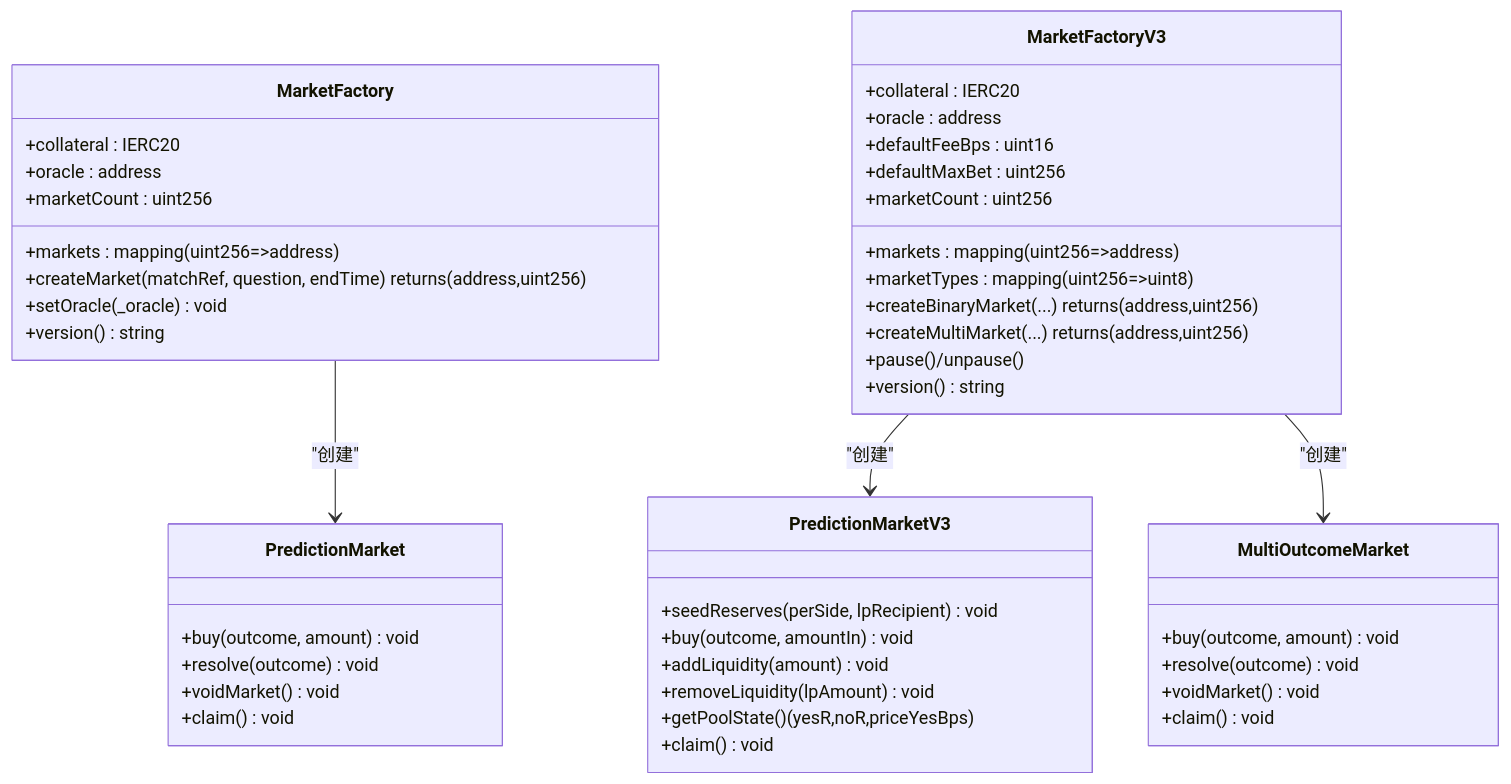
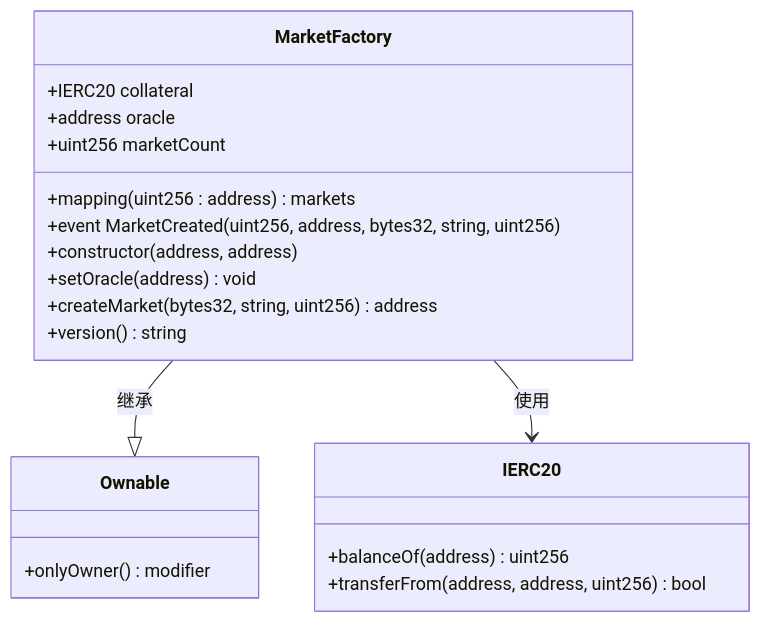
The fourth of 11 diagrams in contracts/.qoder/repowiki/zh/content/架构设计/架构设计.md (SimonHofman/PredictionDIDSimple), drawn with Mermaid before and after one commit. The commit also changed other lines of this file and 162 other files, not shown here.

````diff
--- a/contracts/.qoder/repowiki/zh/content/架构设计/架构设计.md
+++ b/contracts/.qoder/repowiki/zh/content/架构设计/架构设计.md
@@ -174,48 +215,23 @@
 ```mermaid
 classDiagram
 class MarketFactory {
-+collateral : IERC20
-+oracle : address
-+marketCount : uint256
-+markets : mapping(uint256=>address)
-+createMarket(matchRef, question, endTime) returns (address,uint256)
-+setOracle(_oracle) void
++IERC20 collateral
++address oracle
++uint256 marketCount
++mapping(uint256 : address) markets
++event MarketCreated(uint256, address, bytes32, string, uint256)
++constructor(address, address)
++setOracle(address) void
++createMarket(bytes32, string, uint256) address
 +version() string
 }
-class MarketFactoryV3 {
-+collateral : IERC20
-+oracle : address
-+defaultFeeBps : uint16
-+defaultMaxBet : uint256
-+marketCount : uint256
-+markets : mapping(uint256=>address)
-+marketTypes : mapping(uint256=>uint8)
-+createBinaryMarket(...) returns (address,uint256)
-+createMultiMarket(...) returns (address,uint256)
-+pause()/unpause()
-+version() string
+class Ownable {
++onlyOwner() modifier
 }
-class PredictionMarket {
-+buy(outcome, amount) void
-+resolve(outcome) void
-+voidMarket() void
-+claim() void
+class IERC20 {
++balanceOf(address) uint256
++transferFrom(address, address, uint256) bool
 }
-class PredictionMarketV3 {
-+seedReserves(perSide, lpRecipient) void
-+buy(outcome, amountIn) void
-+addLiquidity(amount) void
-+removeLiquidity(lpAmount) void
-+getPoolState() (yesR,noR,priceYesBps)
-+claim() void
-}
-class MultiOutcomeMarket {
-+buy(outcome, amount) void
-+resolve(outcome) void
-+voidMarket() void
-+claim() void
-}
-MarketFactory --> PredictionMarket : "创建"
-MarketFactoryV3 --> PredictionMarketV3 : "创建"
-MarketFactoryV3 --> MultiOutcomeMarket : "创建"
+MarketFactory --|> Ownable : 继承
+MarketFactory --> IERC20 : 使用
 ```
````
